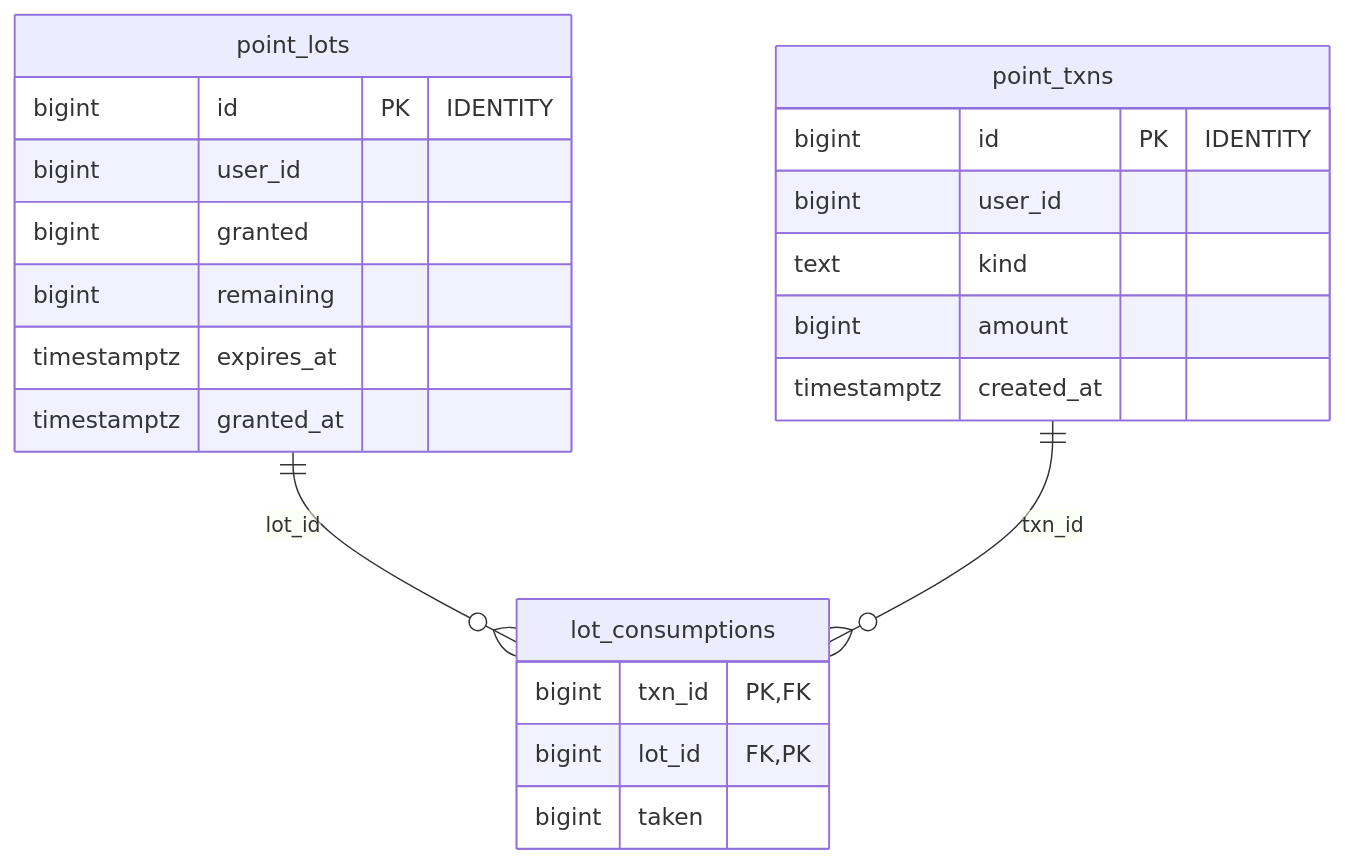
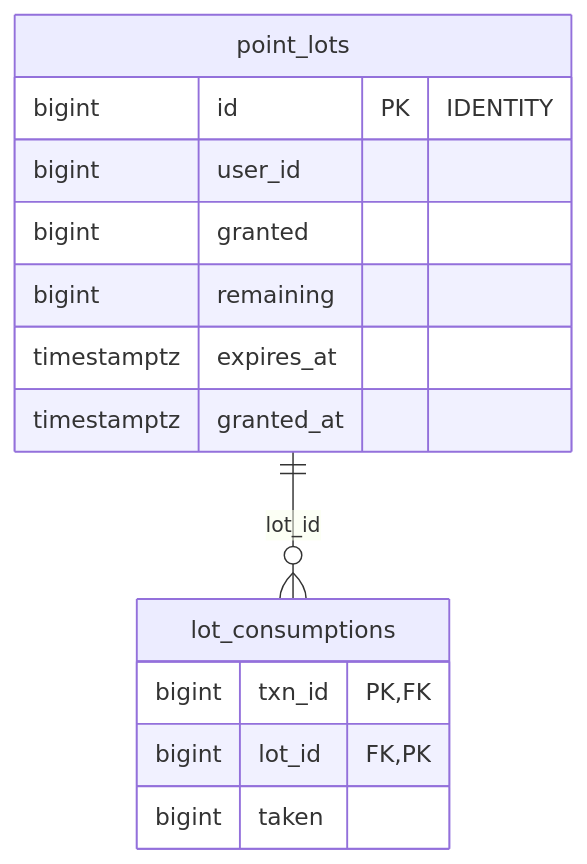
Before and after one commit to driftnode986/postgresql-db-design-samples: the second of 9 diagrams in ch07_point_balance/README.md, drawn with Mermaid. The commit also changed other lines of this file and 15 other files, not shown here.

First line of the commit message:
docs: 設計案の構成図を縦並びにし、幅の広い ER 図を分けて、GitHub で縮まない大きさにする

````diff
--- a/ch07_point_balance/README.md
+++ b/ch07_point_balance/README.md
@@ -38,25 +37,17 @@
 ```mermaid
 erDiagram
   lot_consumptions {
     bigint txn_id PK, FK
     bigint lot_id FK, PK
     bigint taken
   }
   point_lots {
     bigint id PK "IDENTITY"
     bigint user_id
     bigint granted
     bigint remaining
     timestamptz expires_at
     timestamptz granted_at
   }
-  point_txns {
-    bigint id PK "IDENTITY"
-    bigint user_id
-    text kind
-    bigint amount
-    timestamptz created_at
-  }
   point_lots ||--o{ lot_consumptions : "lot_id"
-  point_txns ||--o{ lot_consumptions : "txn_id"
 ```
````
